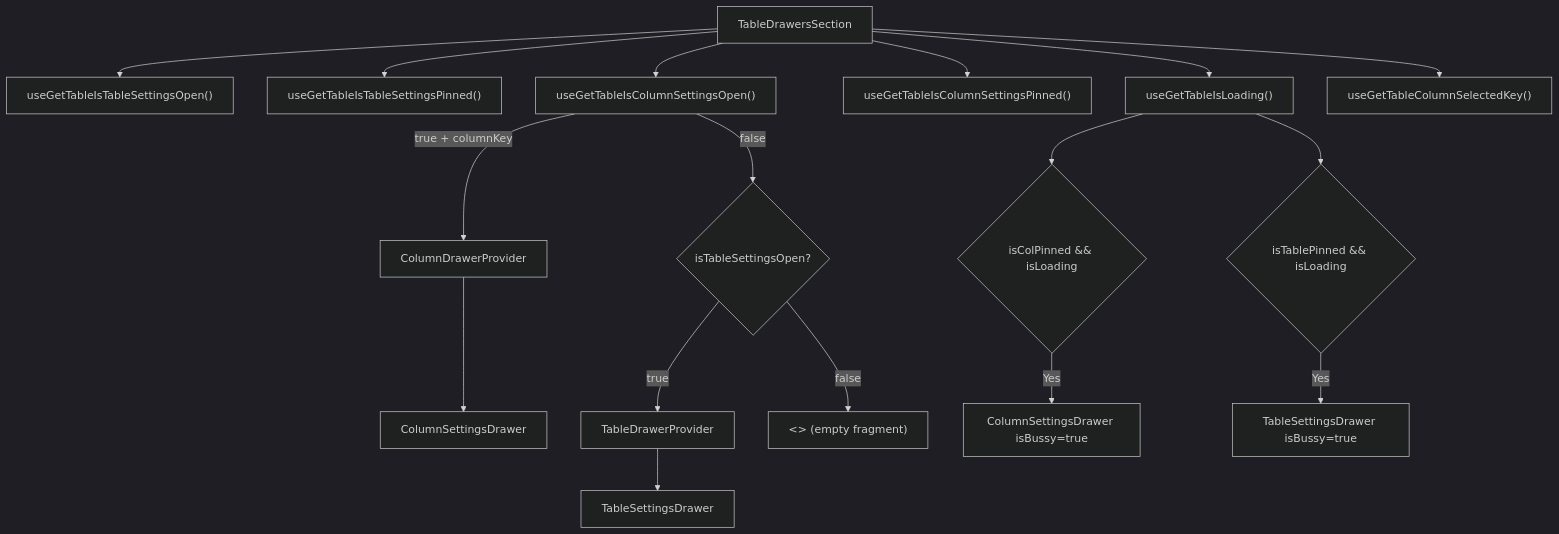
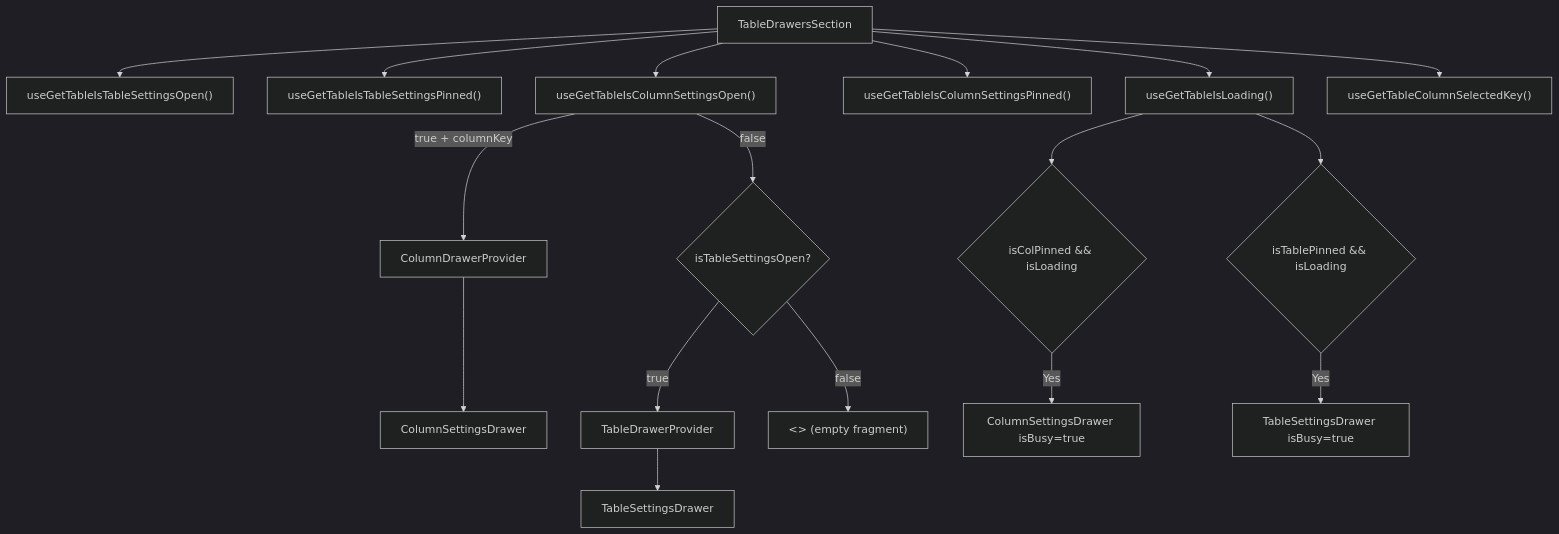
The diagram in apps/react-router/src/components/Table/TableDrawersSection/ARCHITECTURE.md (luciocabrera/lcabrera-stack), drawn with Mermaid (dark theme) before and after one commit. The commit also changed 60 other files, not shown here.

First line of the commit message:
fix: rename 'isBussy' to 'isBusy' across components for consistency

````diff
--- a/apps/react-router/src/components/Table/TableDrawersSection/ARCHITECTURE.md
+++ b/apps/react-router/src/components/Table/TableDrawersSection/ARCHITECTURE.md
@@ -18,22 +18,22 @@
 ```mermaid
 graph TD
   TDS["TableDrawersSection"] --> isTable["useGetTableIsTableSettingsOpen()"]
   TDS --> isTablePinned["useGetTableIsTableSettingsPinned()"]
   TDS --> isCol["useGetTableIsColumnSettingsOpen()"]
   TDS --> isColPinned["useGetTableIsColumnSettingsPinned()"]
   TDS --> isLoading["useGetTableIsLoading()"]
   TDS --> colKey["useGetTableColumnSelectedKey()"]
 
   isCol -->|"true + columnKey"| CDP["ColumnDrawerProvider"]
   CDP --> CSD["ColumnSettingsDrawer"]
   isLoading --> CBusy{"isColPinned && isLoading"}
-  CBusy -->|Yes| CBusyProp["ColumnSettingsDrawer isBussy=true"]
+  CBusy -->|Yes| CBusyProp["ColumnSettingsDrawer isBusy=true"]
 
   isCol -->|false| check2{"isTableSettingsOpen?"}
   check2 -->|true| TDP["TableDrawerProvider"]
   TDP --> TSD["TableSettingsDrawer"]
   isLoading --> TBusy{"isTablePinned && isLoading"}
-  TBusy -->|Yes| TBusyProp["TableSettingsDrawer isBussy=true"]
+  TBusy -->|Yes| TBusyProp["TableSettingsDrawer isBusy=true"]
 
   check2 -->|false| empty["<> (empty fragment)"]
 ```
````
